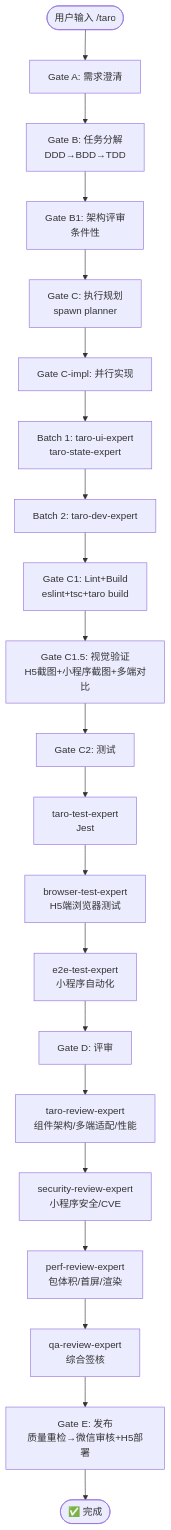
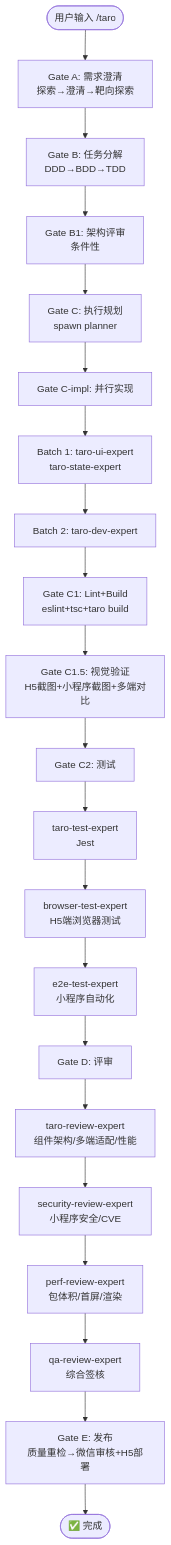
Before and after one commit to Wjl1224734792/Jarvis-Agent-Factory: the diagram in docs/flows/taro.md, drawn with Mermaid. The commit also changed 39 other files, not shown here.

````diff
--- a/docs/flows/taro.md
+++ b/docs/flows/taro.md
@@ -32,23 +32,23 @@
 ```mermaid
 flowchart TD
-    START([用户输入 /taro]) --> A[Gate A: 需求澄清]
+    START([用户输入 /taro]) --> A[Gate A: 需求澄清<br/>探索→澄清→靶向探索]
     A --> B[Gate B: 任务分解<br/>DDD→BDD→TDD]
     B --> B1[Gate B1: 架构评审<br/>条件性]
     B1 --> C[Gate C: 执行规划<br/>spawn planner]
     C --> CI[Gate C-impl: 并行实现]
     CI --> CI1[Batch 1: taro-ui-expert<br/>taro-state-expert]
     CI1 --> CI2[Batch 2: taro-dev-expert]
     CI2 --> C1[Gate C1: Lint+Build<br/>eslint+tsc+taro build]
     C1 --> C15[Gate C1.5: 视觉验证<br/>H5截图+小程序截图+多端对比]
     C15 --> C2[Gate C2: 测试]
     C2 --> C2A[taro-test-expert<br/>Jest]
     C2A --> C2B[browser-test-expert<br/>H5端浏览器测试]
     C2B --> C2C[e2e-test-expert<br/>小程序自动化]
     C2C --> D[Gate D: 评审]
     D --> D1[taro-review-expert<br/>组件架构/多端适配/性能]
     D1 --> D2[security-review-expert<br/>小程序安全/CVE]
     D2 --> D3[perf-review-expert<br/>包体积/首屏/渲染]
     D3 --> D4[qa-review-expert<br/>综合签核]
     D4 --> E[Gate E: 发布<br/>质量重检→微信审核+H5部署]
     E --> DONE([✅ 完成])
 ```
````
